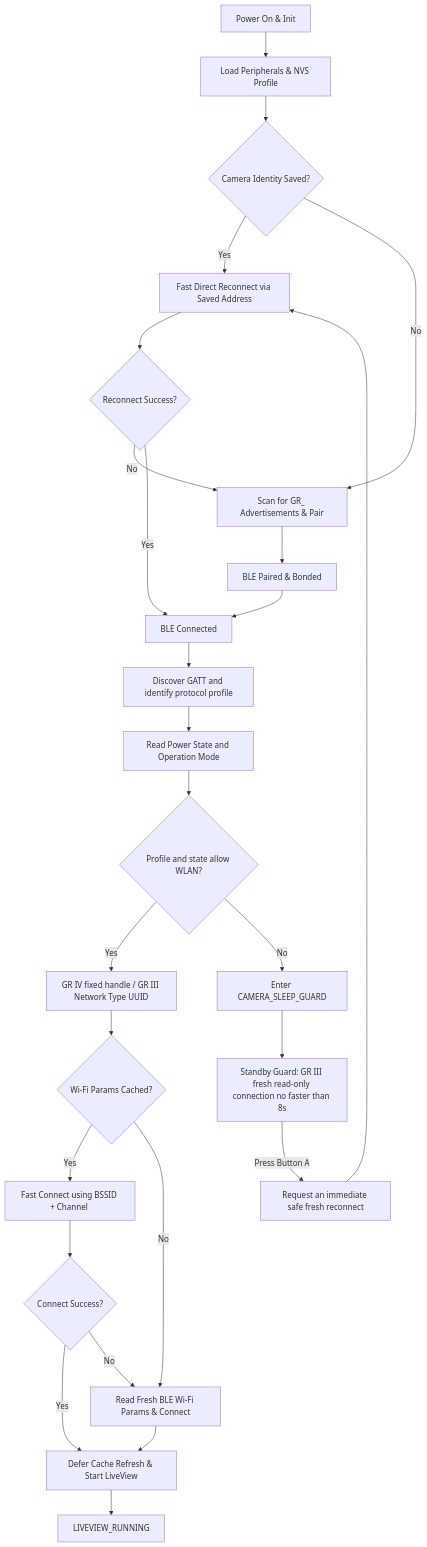
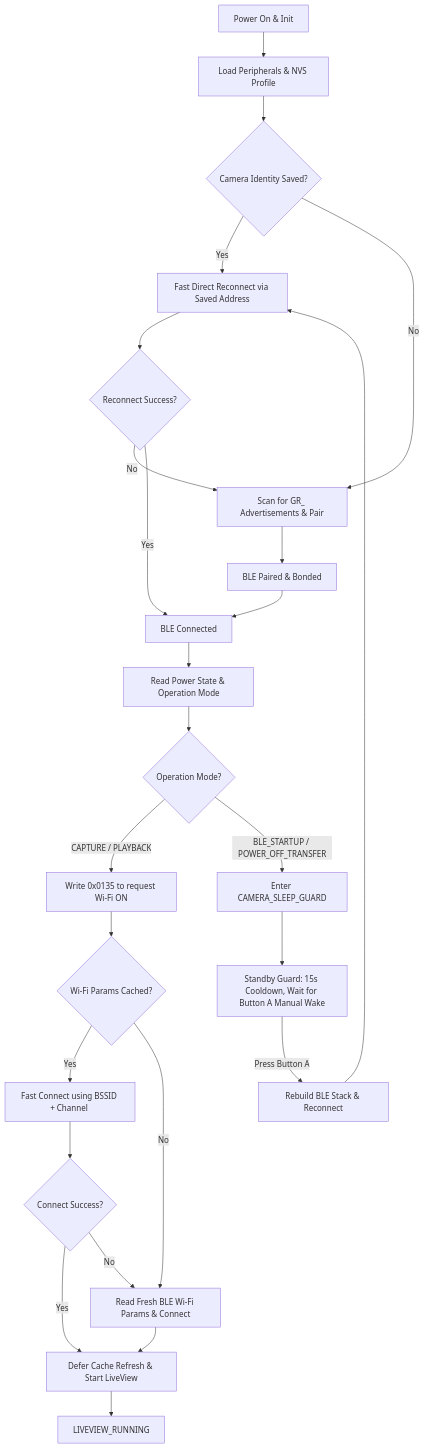
One commit to sky18Dragon/RICOH-GR-Live-View-Shooting changed the diagram in README_EN.md. Above: the diagram before and after it, drawn with Mermaid. The commit also changed other lines of this file and 29 other files, not shown here.

````diff
--- a/README_EN.md
+++ b/README_EN.md
@@ -99,28 +95,27 @@
 ```mermaid
 graph TD
     A[Power On & Init] --> B[Load Peripherals & NVS Profile]
     B --> C{Camera Identity Saved?}
     C -->|Yes| D[Fast Direct Reconnect via Saved Address]
     C -->|No| E[Scan for GR_ Advertisements & Pair]
     D --> F{Reconnect Success?}
     F -->|No| E
     E --> G[BLE Paired & Bonded]
     F -->|Yes| H[BLE Connected]
     G --> H
-    H --> I[Discover GATT and identify protocol profile]
-    I --> J[Read Power State and Operation Mode]
-    J --> K{Profile and state allow WLAN?}
-    K -->|Yes| U[GR IV fixed handle / GR III Network Type UUID]
-    K -->|No| L[Enter CAMERA_SLEEP_GUARD]
-    U --> M{Wi-Fi Params Cached?}
+    H --> I[Read Power State & Operation Mode]
+    I --> J{Operation Mode?}
+    J -->|CAPTURE / PLAYBACK| K[Write 0x0135 to request Wi-Fi ON]
+    J -->|BLE_STARTUP / POWER_OFF_TRANSFER| L[Enter CAMERA_SLEEP_GUARD]
+    K --> M{Wi-Fi Params Cached?}
     M -->|Yes| N[Fast Connect using BSSID + Channel <Short Timeout>]
     M -->|No| O[Read Fresh BLE Wi-Fi Params & Connect]
     N --> P{Connect Success?}
     P -->|Yes| Q[Defer Cache Refresh & Start LiveView]
     P -->|No| O
     O --> Q
     Q --> R[LIVEVIEW_RUNNING]
-    L --> S[Standby Guard: GR III fresh read-only connection no faster than 8s]
-    S -->|Press Button A| T[Request an immediate safe fresh reconnect]
+    L --> S[Standby Guard: 15s Cooldown, Wait for Button A Manual Wake]
+    S -->|Press Button A| T[Rebuild BLE Stack & Reconnect]
     T --> D
 ```
````
